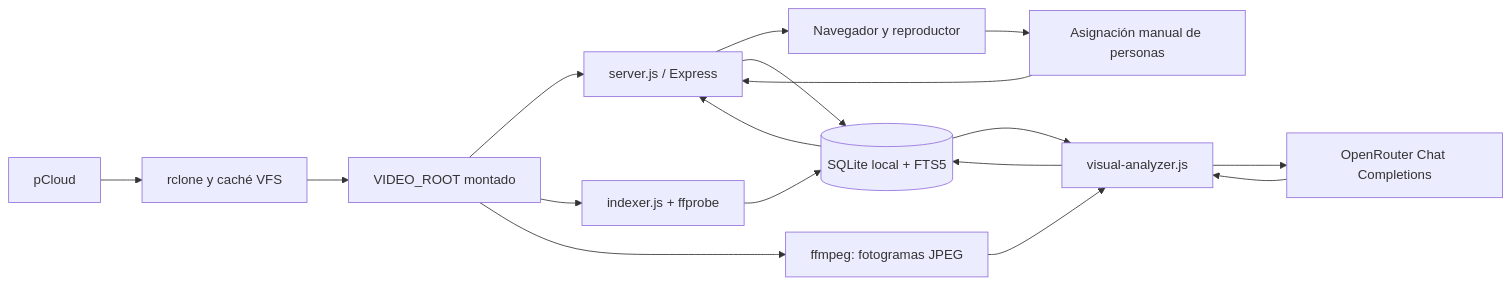
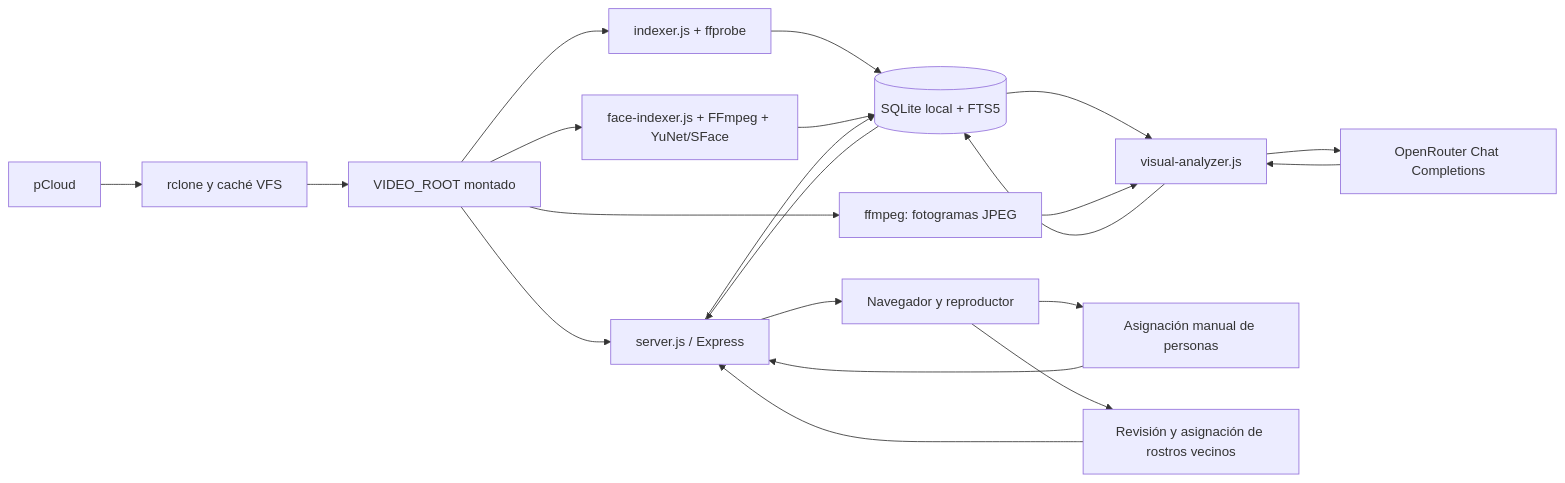
The diagram in docs/arquitectura.md (jorgefranchella-coder/pcloud-video-streamer), drawn with Mermaid before and after one commit. The commit also changed other lines of this file and 24 other files, not shown here.

First line of the commit message:
Automatización de metadatos y revisión de rostros (#3)

````diff
--- a/docs/arquitectura.md
+++ b/docs/arquitectura.md
@@ -7,19 +7,23 @@
 ```mermaid
 flowchart LR
   PC[pCloud] --> RC[rclone y caché VFS]
   RC --> FS[VIDEO_ROOT montado]
   FS --> WEB[server.js / Express]
   WEB --> UI[Navegador y reproductor]
   FS --> IDX[indexer.js + ffprobe]
   IDX --> DB[(SQLite local + FTS5)]
   DB --> VA[visual-analyzer.js]
   FS --> FF[ffmpeg: fotogramas JPEG]
   FF --> VA
   VA --> OR[OpenRouter Chat Completions]
   OR --> VA
   VA --> DB
+  FS --> FI[face-indexer.js + FFmpeg + YuNet/SFace]
+  FI --> DB
   DB --> WEB
   UI --> EDIT[Asignación manual de personas]
   EDIT --> WEB
+  UI --> FACE[Revisión y asignación de rostros vecinos]
+  FACE --> WEB
   WEB --> DB
 ```
````
